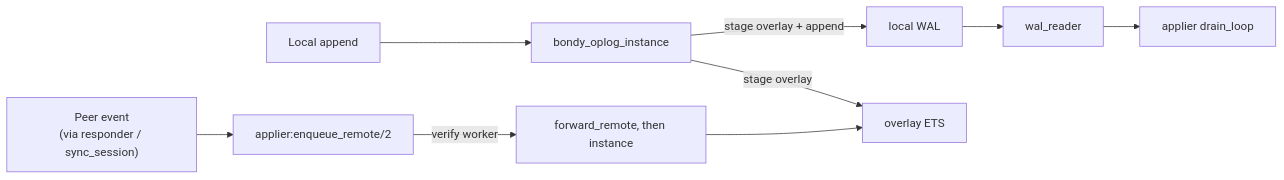
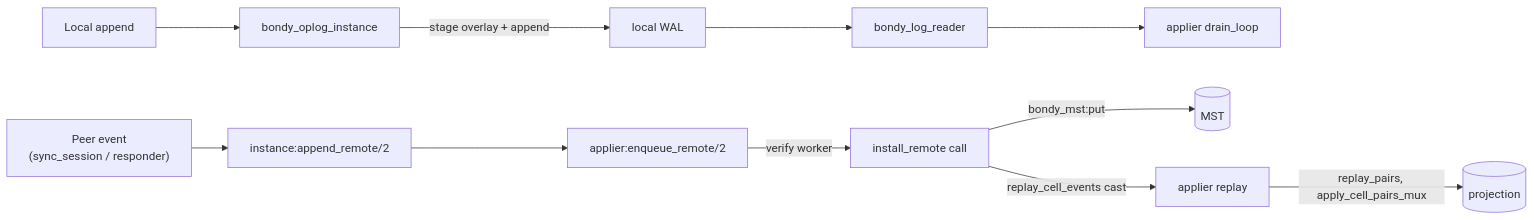
Before and after one commit to bondy-io/bondy: the sixth of 8 diagrams in apps/bondy_db/doc_extras/architecture/04_applier.md, drawn with Mermaid. The commit also changed other lines of this file and 449 other files, not shown here.

````diff
--- a/apps/bondy_db/doc_extras/architecture/04_applier.md
+++ b/apps/bondy_db/doc_extras/architecture/04_applier.md
@@ -298,10 +331,12 @@
 ```mermaid
 flowchart LR
     L["Local append"] --> INST["bondy_oplog_instance"]
     INST -->|"stage overlay + append"| WAL["local WAL"]
-    INST -->|"stage overlay"| OV["overlay ETS"]
-    WAL --> READER["wal_reader"] --> APP["applier drain_loop"]
-    P["Peer event<br/>(via responder / sync_session)"] --> ENQ["applier:enqueue_remote/2"]
-    ENQ -->|"verify worker"| FWD["forward_remote, then instance"]
-    FWD --> OV
+    WAL --> READER["bondy_log_reader"] --> APP["applier drain_loop"]
+    P["Peer event<br/>(sync_session / responder)"] --> AR["instance:append_remote/2"]
+    AR --> ENQ["applier:enqueue_remote/2"]
+    ENQ -->|"verify worker"| IR["install_remote call"]
+    IR -->|"bondy_mst:put"| MST[("MST")]
+    IR -->|"replay_cell_events cast"| REP["applier replay"]
+    REP -->|"replay_pairs, apply_cell_pairs_mux"| PROJ[("projection")]
 ```
````
